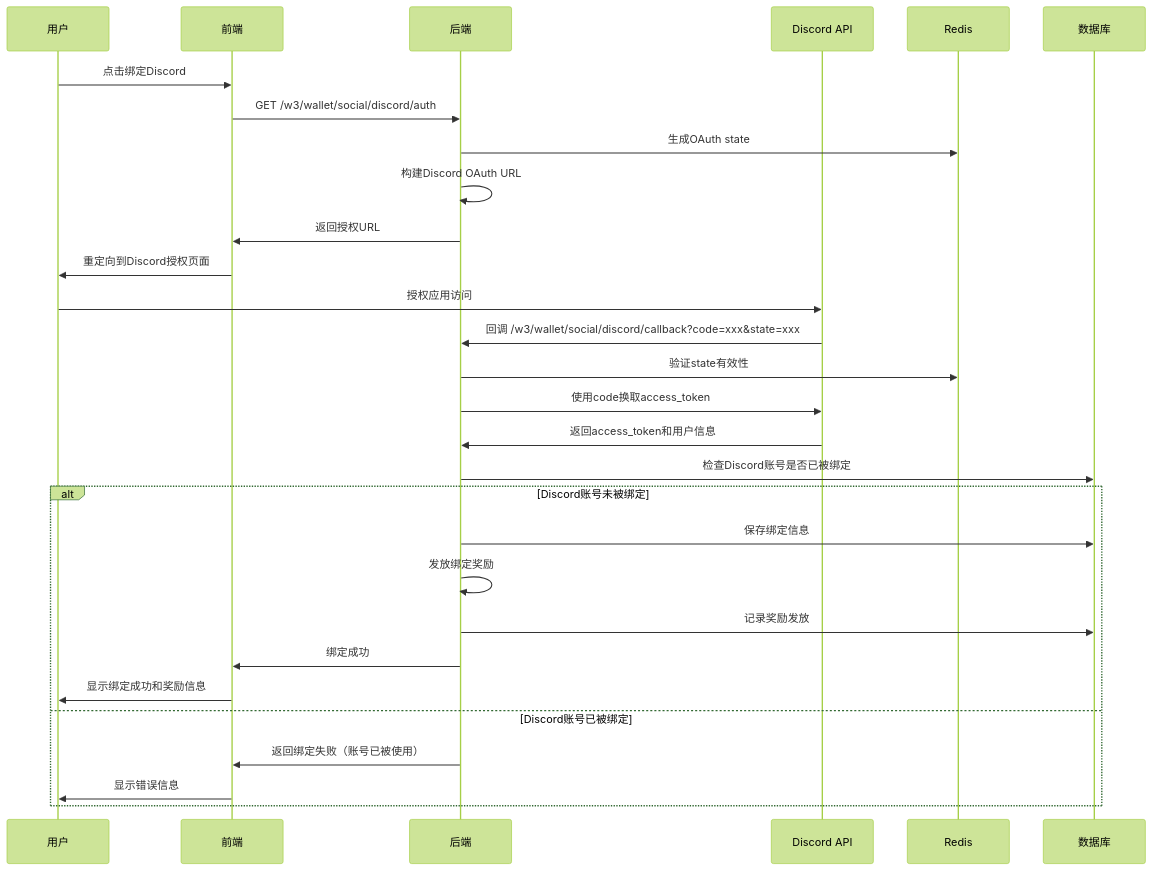
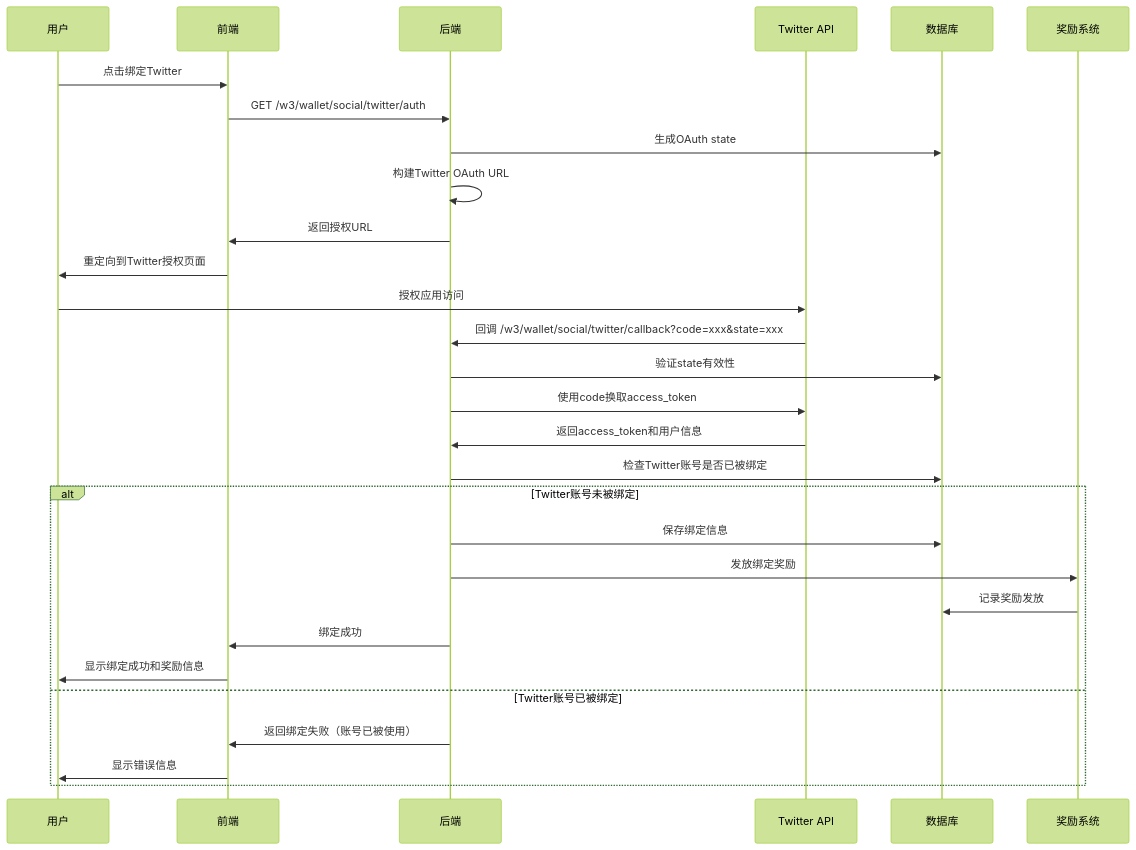
Before and after one commit to yingjianzh/iodraw-files: the diagram in all/未命名-71.md, drawn with Mermaid (forest theme).

Commit message:
2025-07-03 16:22:57 update

````diff
--- a/all/未命名-71.md
+++ b/all/未命名-71.md
@@ -1,34 +1,34 @@
 ```mermaid
 sequenceDiagram
     participant User as 用户
     participant Frontend as 前端
     participant Backend as 后端
-    participant Discord as Discord API
-    participant Redis as Redis
+    participant Twitter as Twitter API
     participant DB as 数据库
+    participant Reward as 奖励系统
 
-    User->>Frontend: 点击绑定Discord
-    Frontend->>Backend: GET /w3/wallet/social/discord/auth
-    Backend->>Redis: 生成OAuth state
-    Backend->>Backend: 构建Discord OAuth URL
+    User->>Frontend: 点击绑定Twitter
+    Frontend->>Backend: GET /w3/wallet/social/twitter/auth
+    Backend->>DB: 生成OAuth state
+    Backend->>Backend: 构建Twitter OAuth URL
     Backend->>Frontend: 返回授权URL
-    Frontend->>User: 重定向到Discord授权页面
+    Frontend->>User: 重定向到Twitter授权页面
     
-    User->>Discord: 授权应用访问
-    Discord->>Backend: 回调 /w3/wallet/social/discord/callback?code=xxx&state=xxx
-    Backend->>Redis: 验证state有效性
-    Backend->>Discord: 使用code换取access_token
-    Discord->>Backend: 返回access_token和用户信息
-    Backend->>DB: 检查Discord账号是否已被绑定
+    User->>Twitter: 授权应用访问
+    Twitter->>Backend: 回调 /w3/wallet/social/twitter/callback?code=xxx&state=xxx
+    Backend->>DB: 验证state有效性
+    Backend->>Twitter: 使用code换取access_token
+    Twitter->>Backend: 返回access_token和用户信息
+    Backend->>DB: 检查Twitter账号是否已被绑定
     
-    alt Discord账号未被绑定
+    alt Twitter账号未被绑定
         Backend->>DB: 保存绑定信息
-        Backend->>Backend: 发放绑定奖励
-        Backend->>DB: 记录奖励发放
+        Backend->>Reward: 发放绑定奖励
+        Reward->>DB: 记录奖励发放
         Backend->>Frontend: 绑定成功
         Frontend->>User: 显示绑定成功和奖励信息
-    else Discord账号已被绑定
+    else Twitter账号已被绑定
         Backend->>Frontend: 返回绑定失败（账号已被使用）
         Frontend->>User: 显示错误信息
     end
 ```
````
